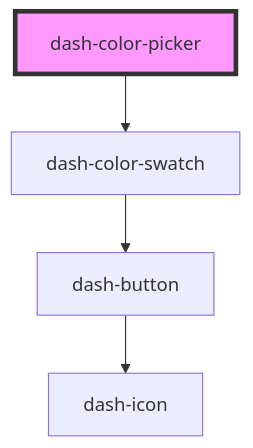
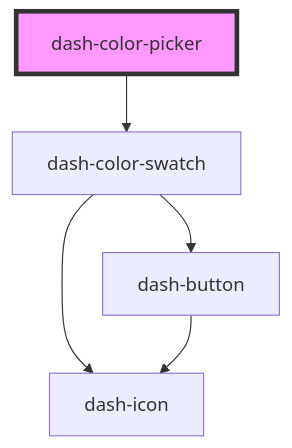
The diagram in packages/dash-components/src/components/dash-color-picker/readme.md (jmanke/dash), drawn with Mermaid before and after one commit. The commit also changed 9 other files, not shown here.

````diff
--- a/packages/dash-components/src/components/dash-color-picker/readme.md
+++ b/packages/dash-components/src/components/dash-color-picker/readme.md
@@ -30,7 +30,8 @@
 ```mermaid
 graph TD;
   dash-color-picker --> dash-color-swatch
   dash-color-swatch --> dash-button
+  dash-color-swatch --> dash-icon
   dash-button --> dash-icon
   style dash-color-picker fill:#f9f,stroke:#333,stroke-width:4px
 ```
````
